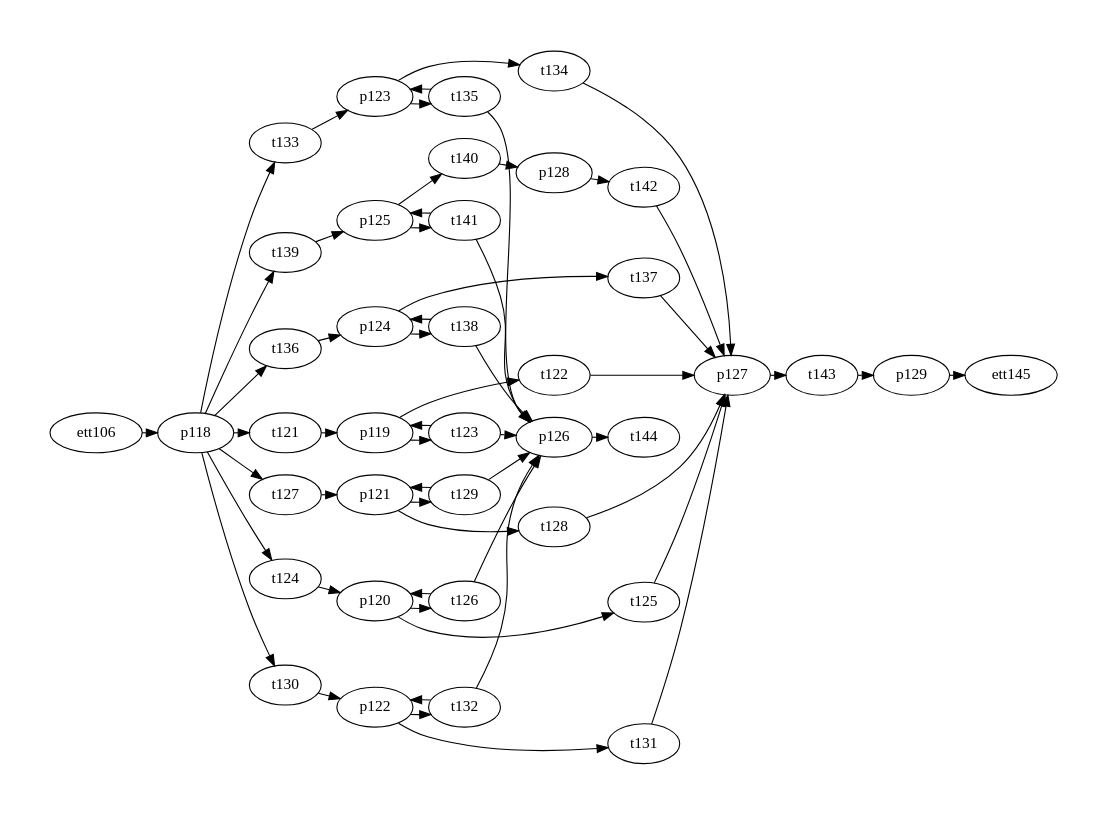
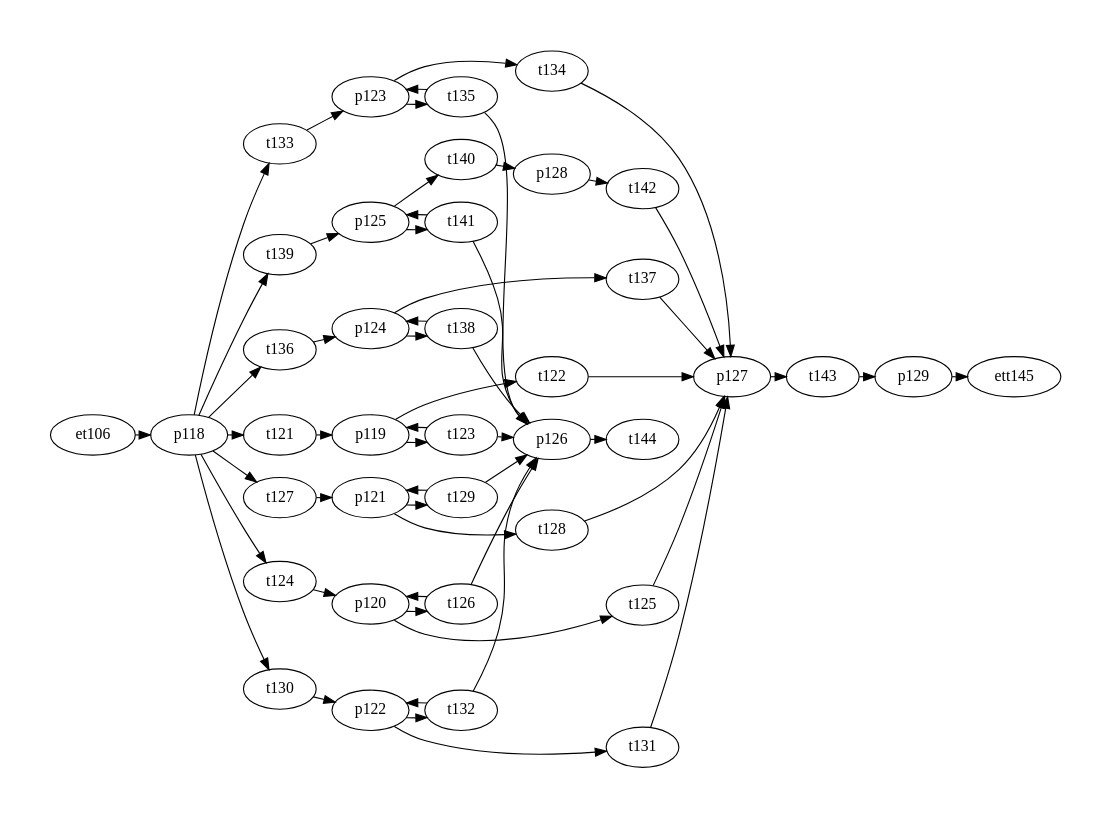
One commit to Accacio/docsTCC changed the diagram in figures/petriNet/partial/storageX.dot. Above: the diagram before and after it, drawn with Graphviz. The commit also changed 8 other files, not shown here.

```diff
--- a/figures/petriNet/partial/storageX.dot
+++ b/figures/petriNet/partial/storageX.dot
@@ -1,148 +1,148 @@
 
 digraph A {
     # splines = ortho
     rankdir=LR;
     ratio=fill
     graph [pad="0.5", nodesep="0.25", ranksep="0.2"];
     margin=0;
     size="11.7,8.3!"
 # PetriNetBegin
 
 ## Módulo armazenador (x)
 
     p118
     p119
     p120
     p121
     p122
     p123
     p124
     p125
     p126
     p127
     p128
     p129
 
     t121
     t122
     t123
     t124
     t125
     t126
     t127
     t128
     t129
     t130
     t131
     t132
     t133
     t134
     t135
     t136
     t137
     t138
     t139
     t140
     t141
     t142
     t143
     t144
 
     
 # subgraph cluster_8 {
 #   label="Storage (x)";
 #   labelloc = b
 #   style="dashed"
 ## color="red"
 
 ## pre
 
   p118 -> t121
   p118 -> t124
   p118 -> t127
   p118 -> t130
   p118 -> t133
   p118 -> t136
   p118 -> t139
 
   p119 -> t122
   p119 -> t123
 
   p120 -> t125
   p120 -> t126
 
   p121 -> t128
   p121 -> t129
 
   p122 -> t131
   p122 -> t132
 
   p123 -> t134
   p123 -> t135
 
   p124 -> t137
   p124 -> t138
 
   p125 -> t140
   p125 -> t141
 
   p126 -> t144
 
   p127 -> t143
 
   p128 -> t142
 
 
 
 ## pos
 
   t121 -> p119
   t122 -> p127
   t123 -> p126
   t123 -> p119
 
   t124 -> p120
   t125 -> p127
   t126 -> p126
   t126 -> p120
 
   t127 -> p121
   t128 -> p127
   t129 -> p126
   t129 -> p121
 
   t130 -> p122
   t131 -> p127
   t132 -> p126
   t132 -> p122
 
   t133 -> p123
   t134 -> p127
   t135 -> p126
   t135 -> p123
 
   t136 -> p124
   t137 -> p127
   t138 -> p126
   t138 -> p124
 
   t139 -> p125
   t140 -> p128
   t141 -> p126  
   t141 -> p125
 
   t142 -> p127
   t143 -> p129
 
        
 
   
 # }
-ett106
-ett106 -> p118
+et106
+et106 -> p118
 
 ett145
 p129 ->  ett145
 
 # PetriNetEnd
 }
```
